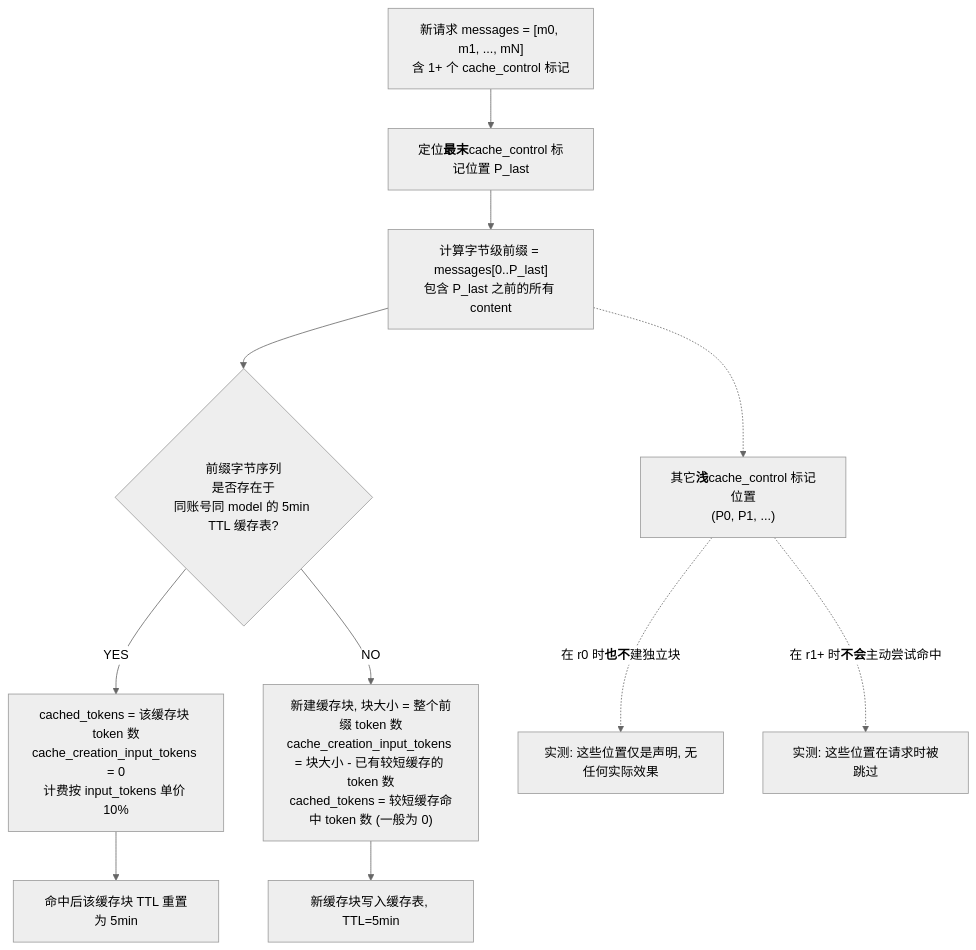
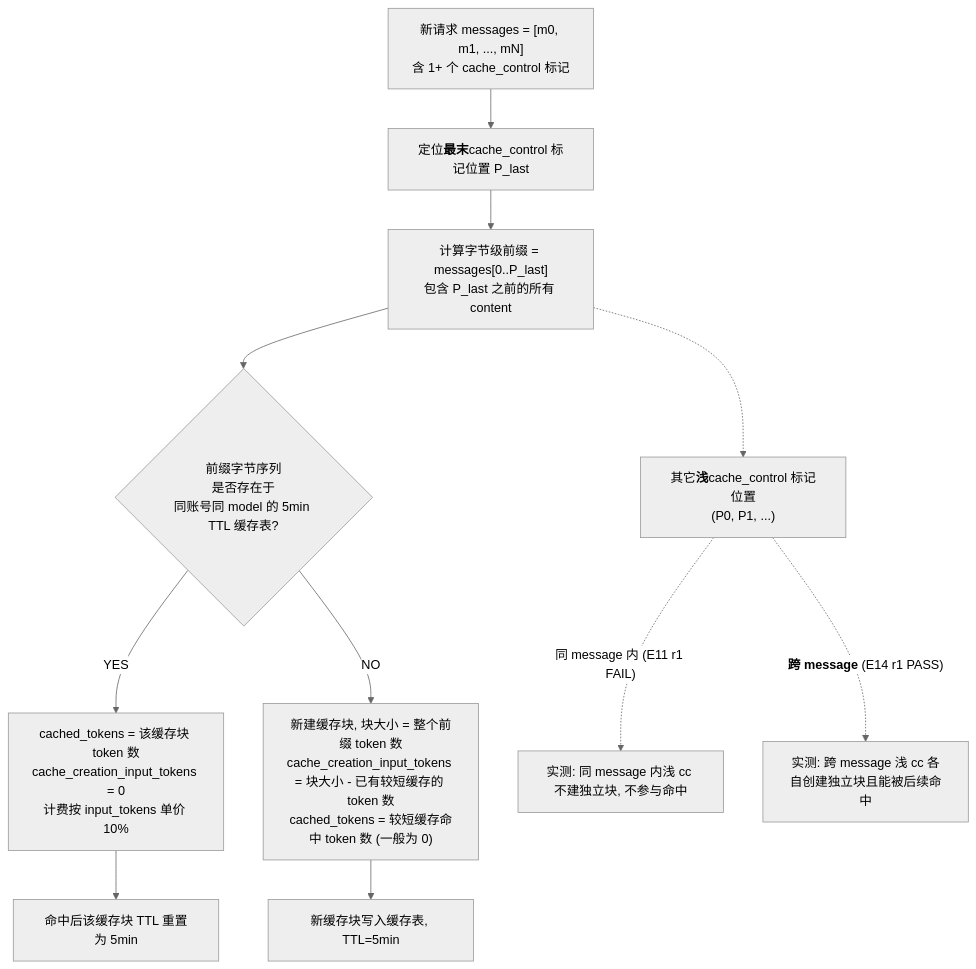
Before and after one commit to yaklang/yaklang: the diagram in common/ai/aid/aicache/TONGYI_CACHE_REPORT.md, drawn with Mermaid (neutral theme). The commit also changed other lines of this file and 6 other files, not shown here.

````diff
--- a/common/ai/aid/aicache/TONGYI_CACHE_REPORT.md
+++ b/common/ai/aid/aicache/TONGYI_CACHE_REPORT.md
@@ -433,16 +523,16 @@
 ```mermaid
 flowchart TD
     Req["新请求 messages = [m0, m1, ..., mN]<br/>含 1+ 个 cache_control 标记"] --> FindLast["定位<b>最末</b>cache_control 标记位置 P_last"]
     FindLast --> BuildPrefix["计算字节级前缀 = messages[0..P_last]<br/>包含 P_last 之前的所有 content"]
     BuildPrefix --> CheckHit{"前缀字节序列<br/>是否存在于<br/>同账号同 model 的 5min TTL 缓存表?"}
 
     CheckHit -- YES --> Hit["cached_tokens = 该缓存块 token 数<br/>cache_creation_input_tokens = 0<br/>计费按 input_tokens 单价 10%"]
     CheckHit -- NO --> Create["新建缓存块, 块大小 = 整个前缀 token 数<br/>cache_creation_input_tokens = 块大小 - 已有较短缓存的 token 数<br/>cached_tokens = 较短缓存命中 token 数 (一般为 0)"]
 
     Hit --> Refresh["命中后该缓存块 TTL 重置为 5min"]
     Create --> Register["新缓存块写入缓存表, TTL=5min"]
 
     BuildPrefix -.-> ShallowCC["其它<b>浅</b>cache_control 标记位置<br/>(P0, P1, ...)"]
-    ShallowCC -.->|"在 r0 时<b>也不</b>建独立块"| Skip1["实测: 这些位置仅是声明, 无任何实际效果"]
-    ShallowCC -.->|"在 r1+ 时<b>不会</b>主动尝试命中"| Skip2["实测: 这些位置在请求时被跳过"]
+    ShallowCC -.->|"同 message 内 (E11 r1 FAIL)"| SkipSame["实测: 同 message 内浅 cc 不建独立块, 不参与命中"]
+    ShallowCC -.->|"<b>跨 message</b> (E14 r1 PASS)"| CrossMsg["实测: 跨 message 浅 cc 各自创建独立块且能被后续命中"]
 ```
````
